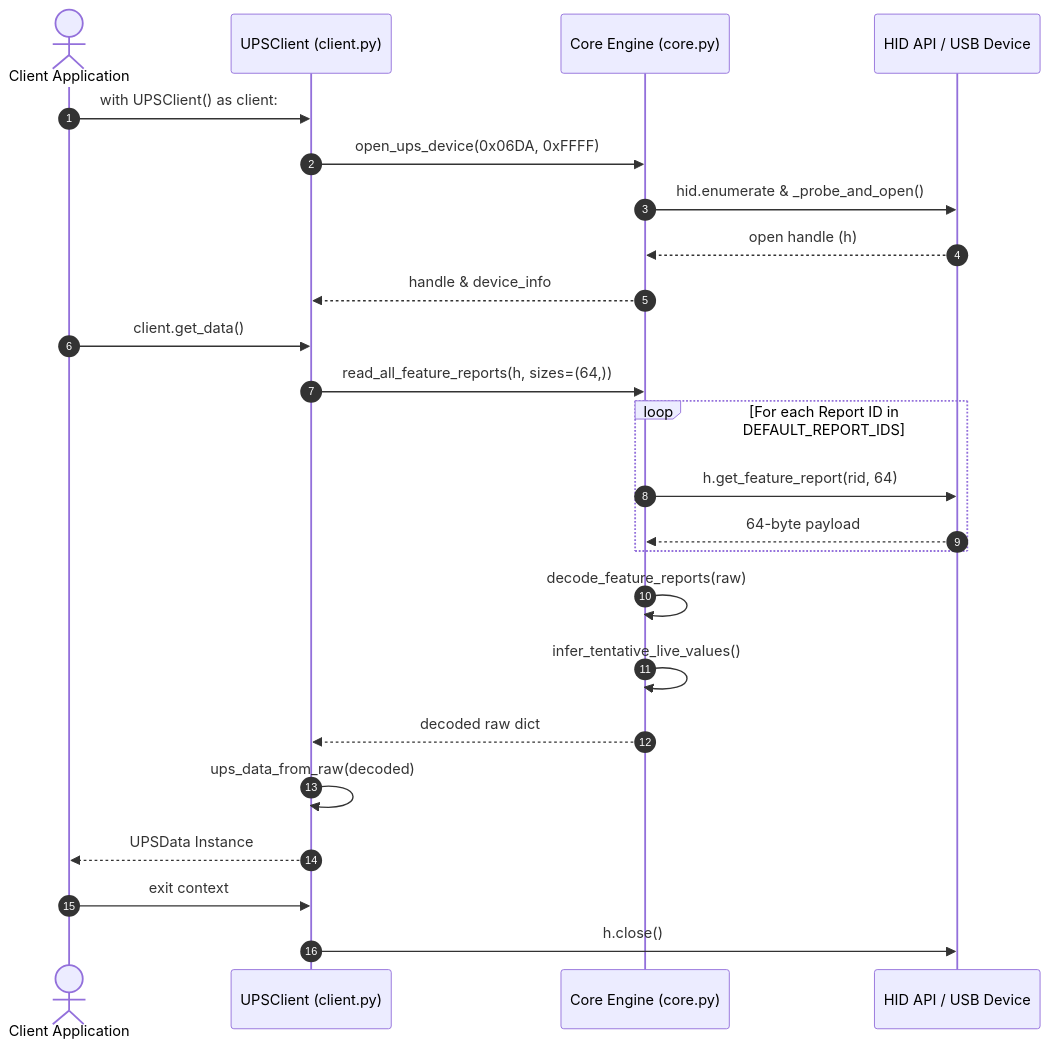
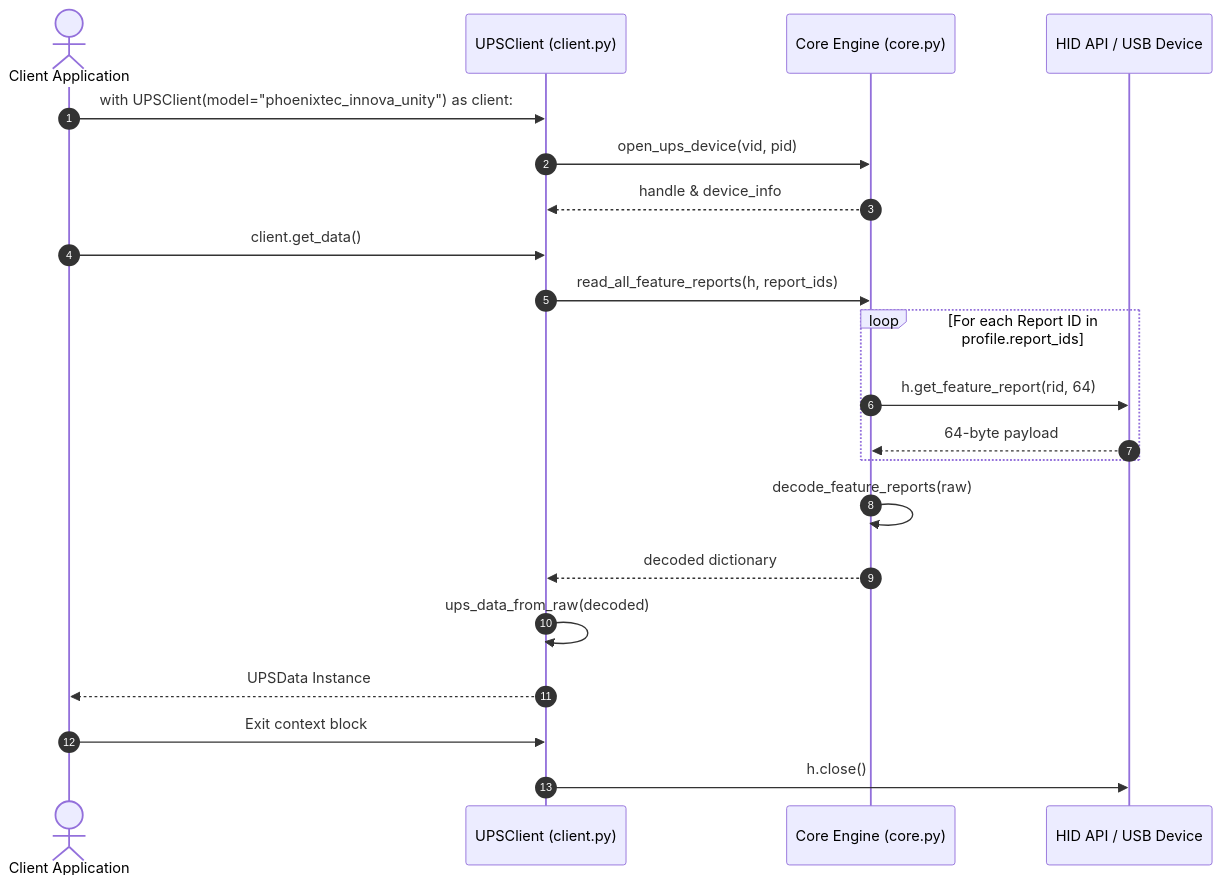
The third of 4 diagrams in linux/ups_module/DOCUMENTATION.md (JackPoramet/ups-hid), drawn with Mermaid before and after one commit. The commit also changed other lines of this file and 2 other files, not shown here.

Commit message:
feat: add documentation and metadata for Phoenixtec Innova Unity UPS device support

````diff
--- a/linux/ups_module/DOCUMENTATION.md
+++ b/linux/ups_module/DOCUMENTATION.md
@@ -197,29 +416,26 @@
 ```mermaid
 sequenceDiagram
     autonumber
     actor App as Client Application
     participant Client as UPSClient (client.py)
     participant Core as Core Engine (core.py)
     participant HID as HID API / USB Device
 
-    App->>Client: with UPSClient() as client:
-    Client->>Core: open_ups_device(0x06DA, 0xFFFF)
-    Core->>HID: hid.enumerate & _probe_and_open()
-    HID-->>Core: open handle (h)
+    App->>Client: with UPSClient(model="phoenixtec_innova_unity") as client:
+    Client->>Core: open_ups_device(vid, pid)
     Core-->>Client: handle & device_info
 
     App->>Client: client.get_data()
-    Client->>Core: read_all_feature_reports(h, sizes=(64,))
-    loop For each Report ID in DEFAULT_REPORT_IDS
+    Client->>Core: read_all_feature_reports(h, report_ids)
+    loop For each Report ID in profile.report_ids
         Core->>HID: h.get_feature_report(rid, 64)
         HID-->>Core: 64-byte payload
     end
     Core->>Core: decode_feature_reports(raw)
-    Core->>Core: infer_tentative_live_values()
-    Core-->>Client: decoded raw dict
+    Core-->>Client: decoded dictionary
     Client->>Client: ups_data_from_raw(decoded)
     Client-->>App: UPSData Instance
 
-    App->>Client: exit context
+    App->>Client: Exit context block
     Client->>HID: h.close()
 ```
````
